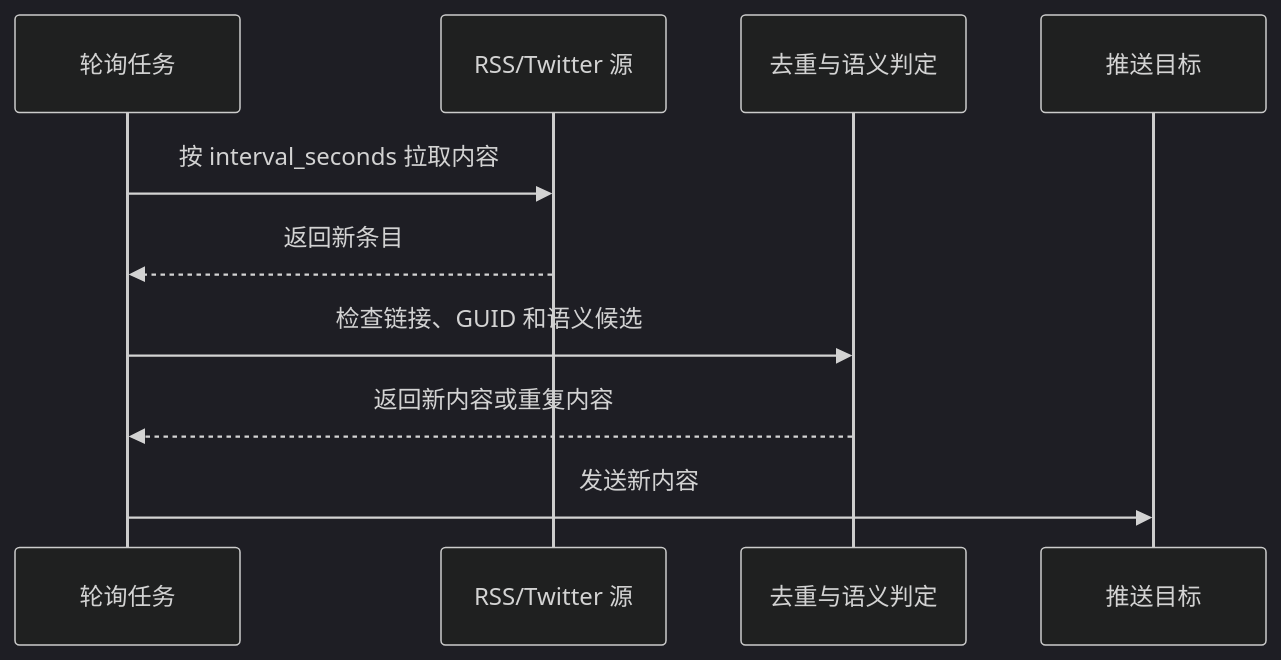
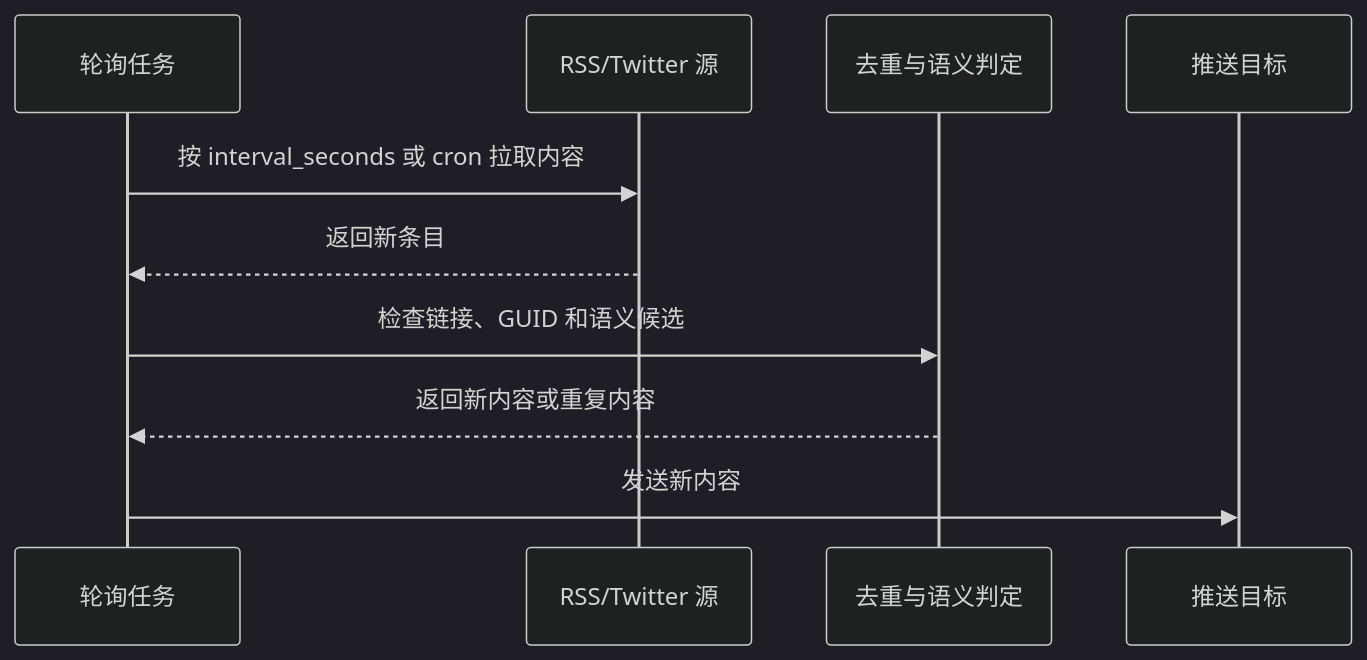
Before and after one commit to RhoninSeiei/astrbot_plugin_rss_forwarder: the second of 2 diagrams in README.md, drawn with Mermaid (dark theme). The commit also changed other lines of this file and 12 other files, not shown here.

````diff
--- a/README.md
+++ b/README.md
@@ -55,12 +55,12 @@
 ```mermaid
 sequenceDiagram
     participant Job as 轮询任务
     participant Feed as RSS/Twitter 源
     participant Dedup as 去重与语义判定
     participant Target as 推送目标
-    Job->>Feed: 按 interval_seconds 拉取内容
+    Job->>Feed: 按 interval_seconds 或 cron 拉取内容
     Feed-->>Job: 返回新条目
     Job->>Dedup: 检查链接、GUID 和语义候选
     Dedup-->>Job: 返回新内容或重复内容
     Job->>Target: 发送新内容
 ```
````
